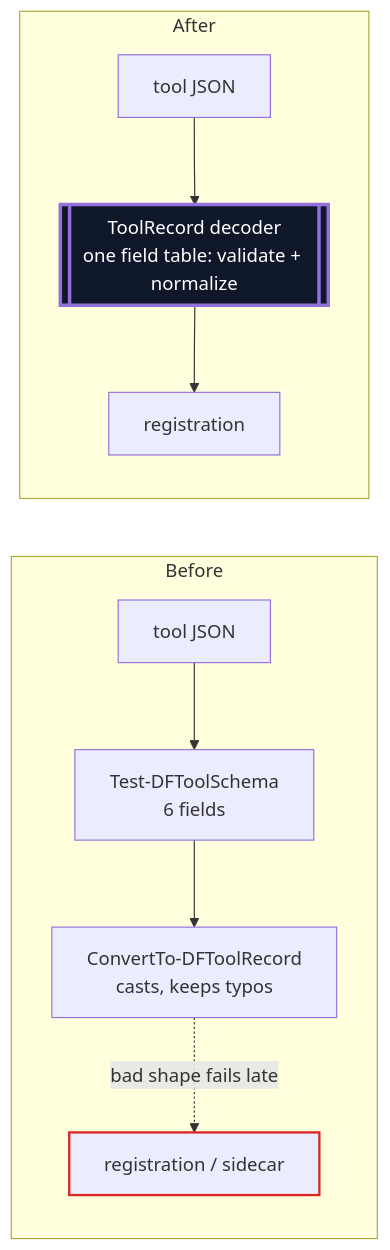
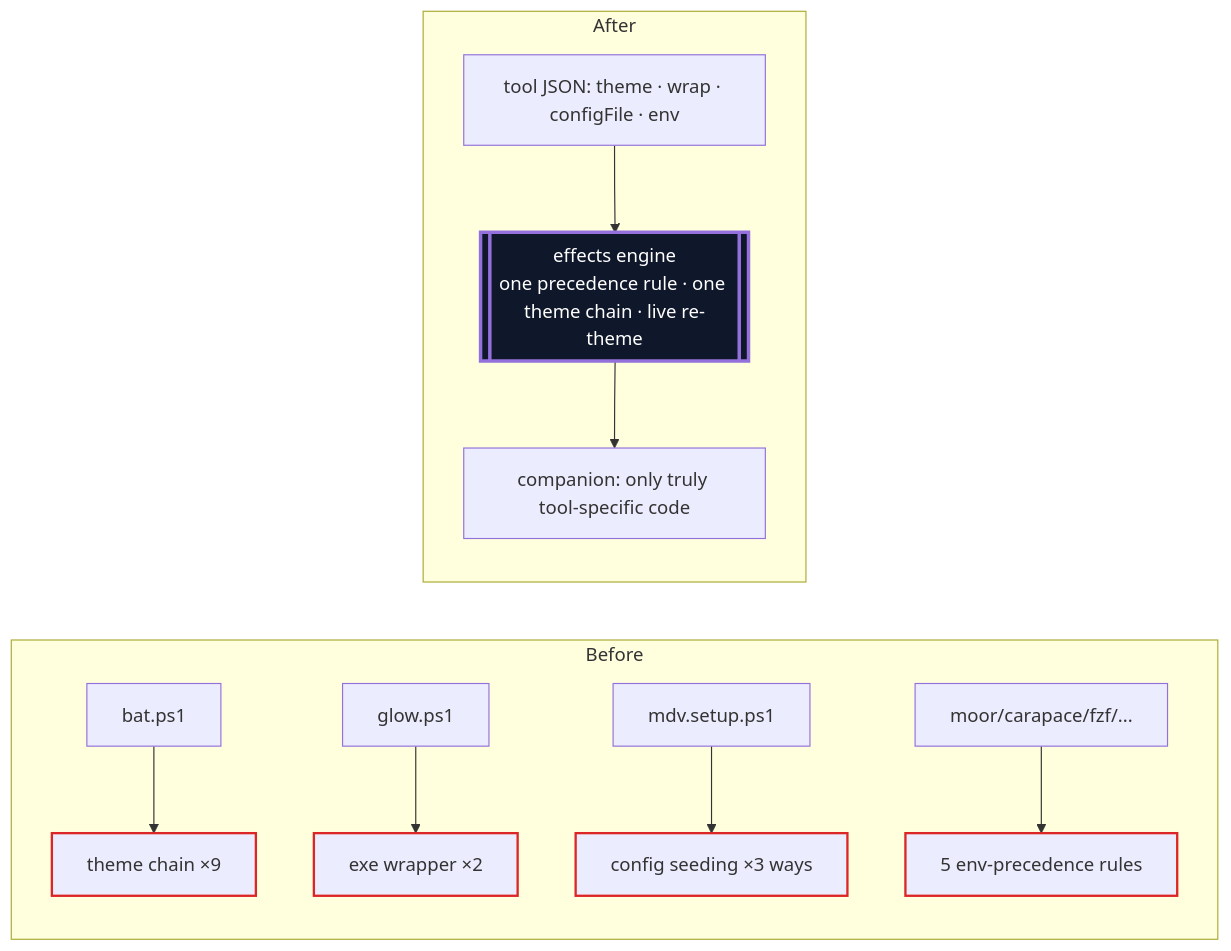
Before and after one commit to simsrw73/DotForge: the fourth of 6 diagrams in arch-imp-audit-(claude).md, drawn with Mermaid. The commit also changed other lines of this file and 2 other files, not shown here.

First line of the commit message:
docs: architecture review 2026-10-09 and opt-in tool selection spec

````diff
--- a/arch-imp-audit-(claude).md
+++ b/arch-imp-audit-(claude).md
@@ -233,16 +132,17 @@
 ```mermaid
 flowchart LR
   subgraph Before
-    J[tool JSON] --> V[Test-DFToolSchema<br/>6 fields]
-    V --> N[ConvertTo-DFToolRecord<br/>casts, keeps typos]
-    N -.bad shape fails late.-> R[registration / sidecar]
-    classDef leak stroke:#dc2626,stroke-width:2px;
-    class R leak
+    S1[bat.ps1] --> TH[theme chain ×9]
+    S2[glow.ps1] --> WR[exe wrapper ×2]
+    S3[mdv.setup.ps1] --> CF[config seeding ×3 ways]
+    S4[moor/carapace/fzf/...] --> EV[5 env-precedence rules]
+    classDef leak stroke:#dc2626,stroke-width:2px
+    class TH,WR,CF,EV leak
   end
   subgraph After
-    J2[tool JSON] --> D[[ToolRecord decoder<br/>one field table: validate + normalize]]
-    D --> R2[registration]
-    classDef deep fill:#0f172a,color:#fff,stroke-width:3px;
-    class D deep
+    JS[tool JSON: theme · wrap · configFile · env] --> E[[effects engine<br/>one precedence rule · one theme chain · live re-theme]]
+    E --> CO[companion: only truly tool-specific code]
+    classDef deep fill:#0f172a,color:#fff,stroke-width:3px
+    class E deep
   end
 ```
````
